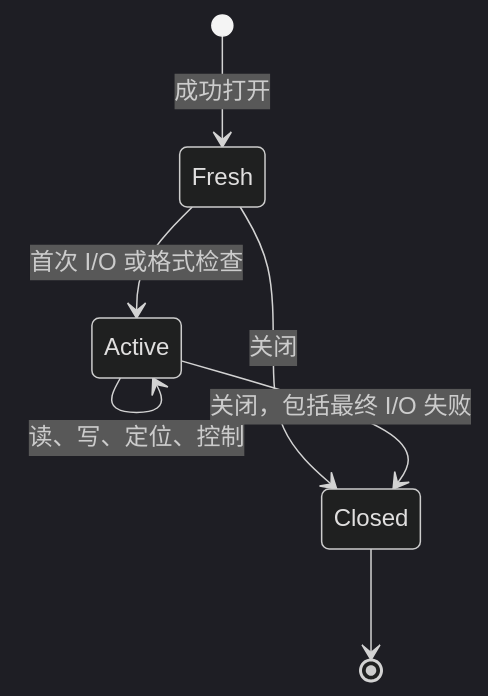
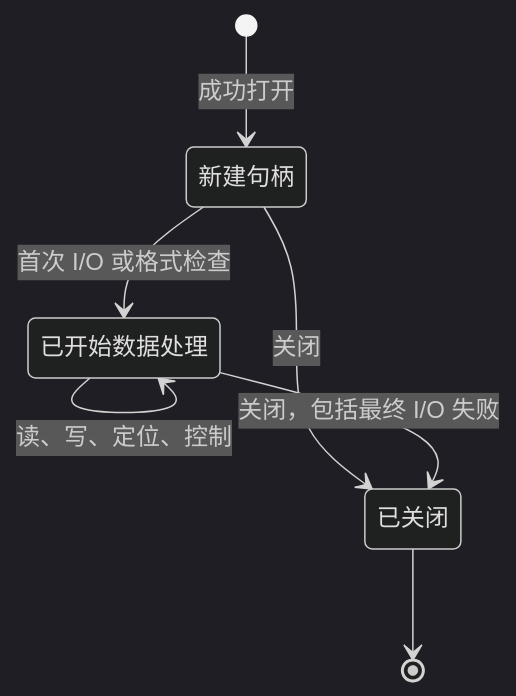
The diagram in docs/spec/api/gz-file.zh.md (cla7aye15I4nd/zlib-f), drawn with Mermaid (dark theme) before and after one commit. The commit also changed other lines of this file and 237 other files, not shown here.

````diff
--- a/docs/spec/api/gz-file.zh.md
+++ b/docs/spec/api/gz-file.zh.md
@@ -49,9 +58,12 @@
 ```mermaid
 stateDiagram-v2
+    state "新建句柄" as Fresh
+    state "已开始数据处理" as Active
+    state "已关闭" as Closed
     [*] --> Fresh: 成功打开
     Fresh --> Active: 首次 I/O 或格式检查
     Active --> Active: 读、写、定位、控制
     Fresh --> Closed: 关闭
     Active --> Closed: 关闭，包括最终 I/O 失败
     Closed --> [*]
 ```
````
